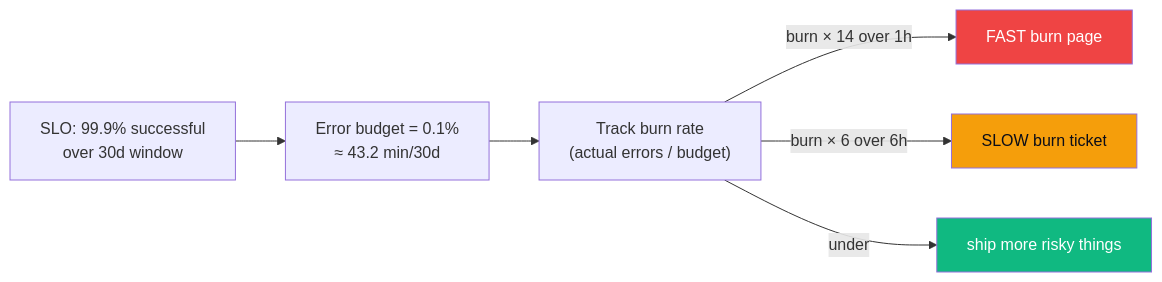
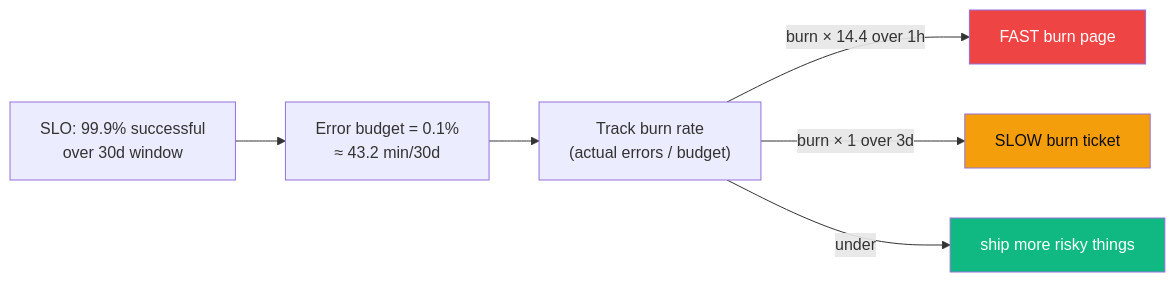
The diagram in src/content/notes/09-production-craft/sli-slo-sla-error-budgets.mdx (amanleloush/STACKTRACE), drawn with Mermaid before and after one commit. The commit also changed other lines of this file and 327 other files, not shown here.

````diff
--- a/src/content/notes/09-production-craft/sli-slo-sla-error-budgets.mdx
+++ b/src/content/notes/09-production-craft/sli-slo-sla-error-budgets.mdx
@@ -19,11 +19,11 @@
 ```mermaid
 flowchart LR
     SLO["SLO: 99.9% successful<br/>over 30d window"] --> BUDGET["Error budget = 0.1%<br/>≈ 43.2 min/30d"]
     BUDGET --> BURN["Track burn rate<br/>(actual errors / budget)"]
-    BURN -->|burn × 14 over 1h| FAST[FAST burn page]
-    BURN -->|burn × 6 over 6h| SLOW[SLOW burn ticket]
+    BURN -->|burn × 14.4 over 1h| FAST[FAST burn page]
+    BURN -->|burn × 1 over 3d| SLOW[SLOW burn ticket]
     BURN -->|under| OK[ship more risky things]
     style FAST fill:#ef4444,color:#fff
     style SLOW fill:#f59e0b,color:#0b0d18
     style OK fill:#10b981,color:#fff
 ```
````
